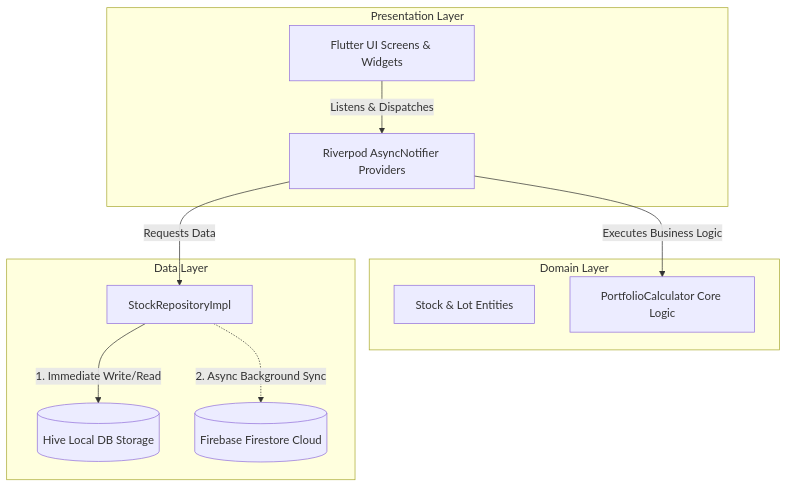
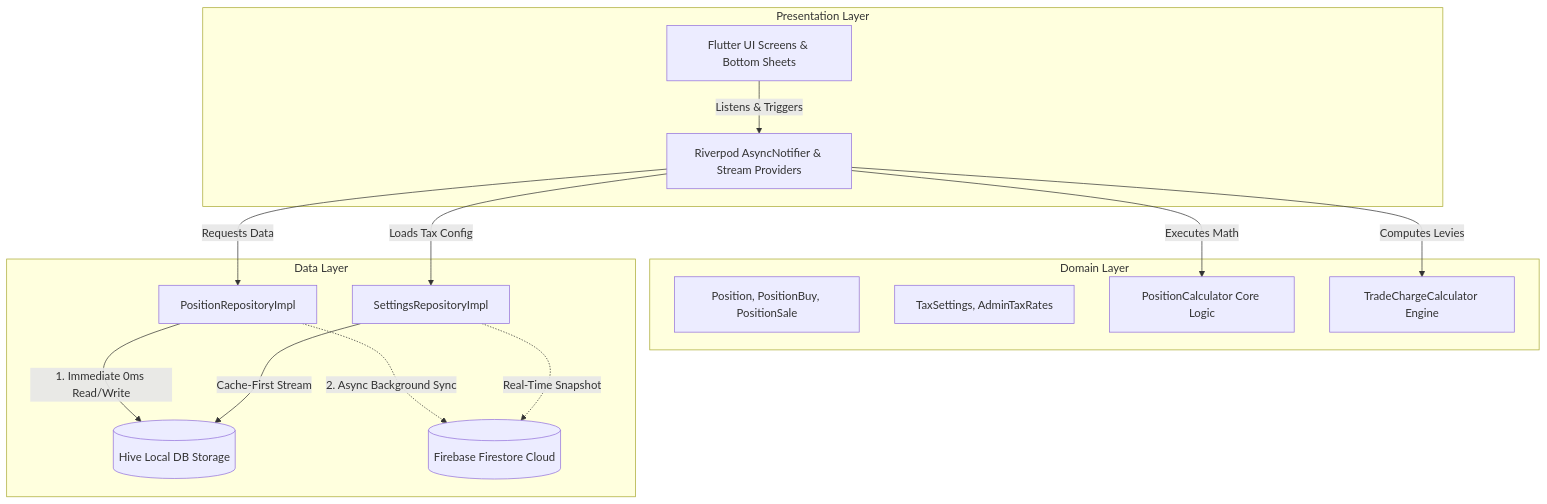
Before and after one commit to moazzam-samoo/Stock-Book: the diagram in README.md, drawn with Mermaid. The commit also changed other lines of this file and 62 other files, not shown here.

````diff
--- a/README.md
+++ b/README.md
@@ -195,24 +215,31 @@
 ```mermaid
 graph TD
     subgraph Presentation Layer
-        UI[Flutter UI Screens & Widgets]
-        Notifier[Riverpod AsyncNotifier Providers]
+        UI[Flutter UI Screens & Bottom Sheets]
+        Notifier[Riverpod AsyncNotifier & Stream Providers]
     end
 
     subgraph Domain Layer
-        Entity[Stock & Lot Entities]
-        Calc[PortfolioCalculator Core Logic]
+        PositionEntity[Position, PositionBuy, PositionSale]
+        TaxEntity[TaxSettings, AdminTaxRates]
+        PosCalc[PositionCalculator Core Logic]
+        TaxCalc[TradeChargeCalculator Engine]
     end
 
     subgraph Data Layer
-        Repo[StockRepositoryImpl]
+        PosRepo[PositionRepositoryImpl]
+        SettingsRepo[SettingsRepositoryImpl]
         HiveDS[(Hive Local DB Storage)]
         FireDS[(Firebase Firestore Cloud)]
     end
 
-    UI -->|Listens & Dispatches| Notifier
-    Notifier -->|Executes Business Logic| Calc
-    Notifier -->|Requests Data| Repo
-    Repo -->|1. Immediate Write/Read| HiveDS
-    Repo -.->|2. Async Background Sync| FireDS
+    UI -->|Listens & Triggers| Notifier
+    Notifier -->|Executes Math| PosCalc
+    Notifier -->|Computes Levies| TaxCalc
+    Notifier -->|Requests Data| PosRepo
+    Notifier -->|Loads Tax Config| SettingsRepo
+    PosRepo -->|1. Immediate 0ms Read/Write| HiveDS
+    PosRepo -.->|2. Async Background Sync| FireDS
+    SettingsRepo -->|Cache-First Stream| HiveDS
+    SettingsRepo -.->|Real-Time Snapshot| FireDS
 ```
````
